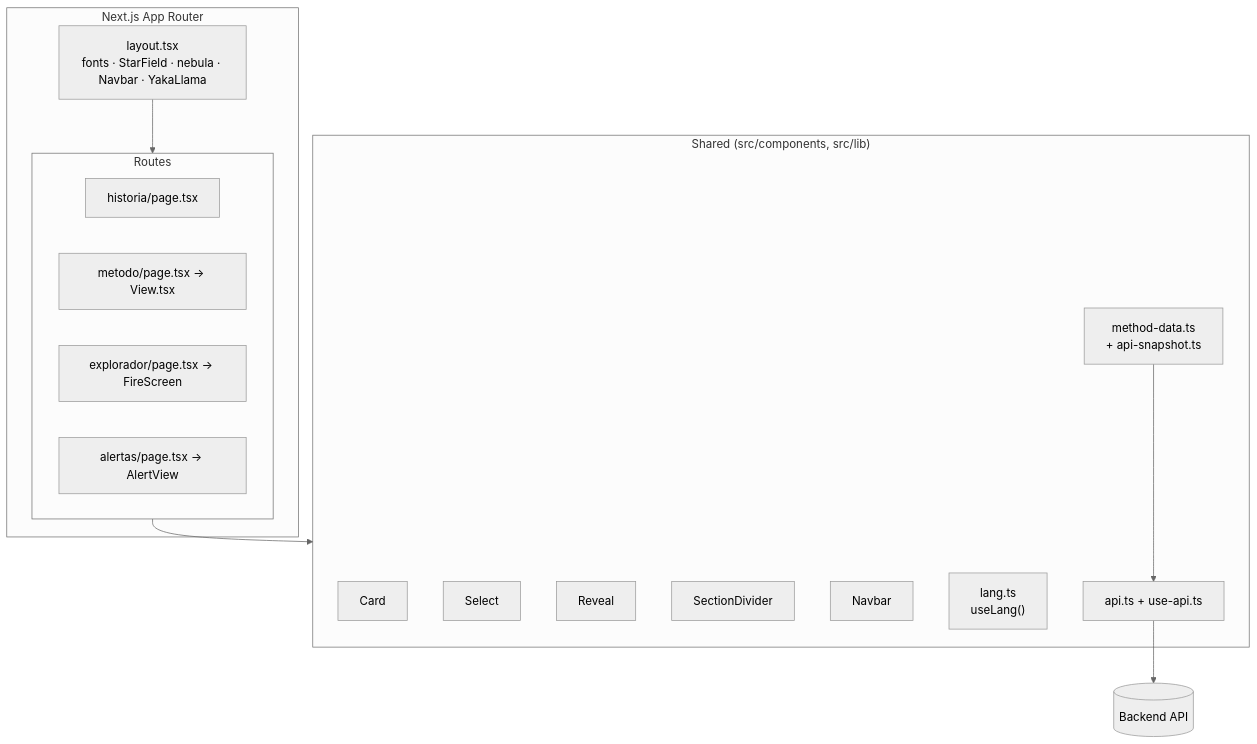
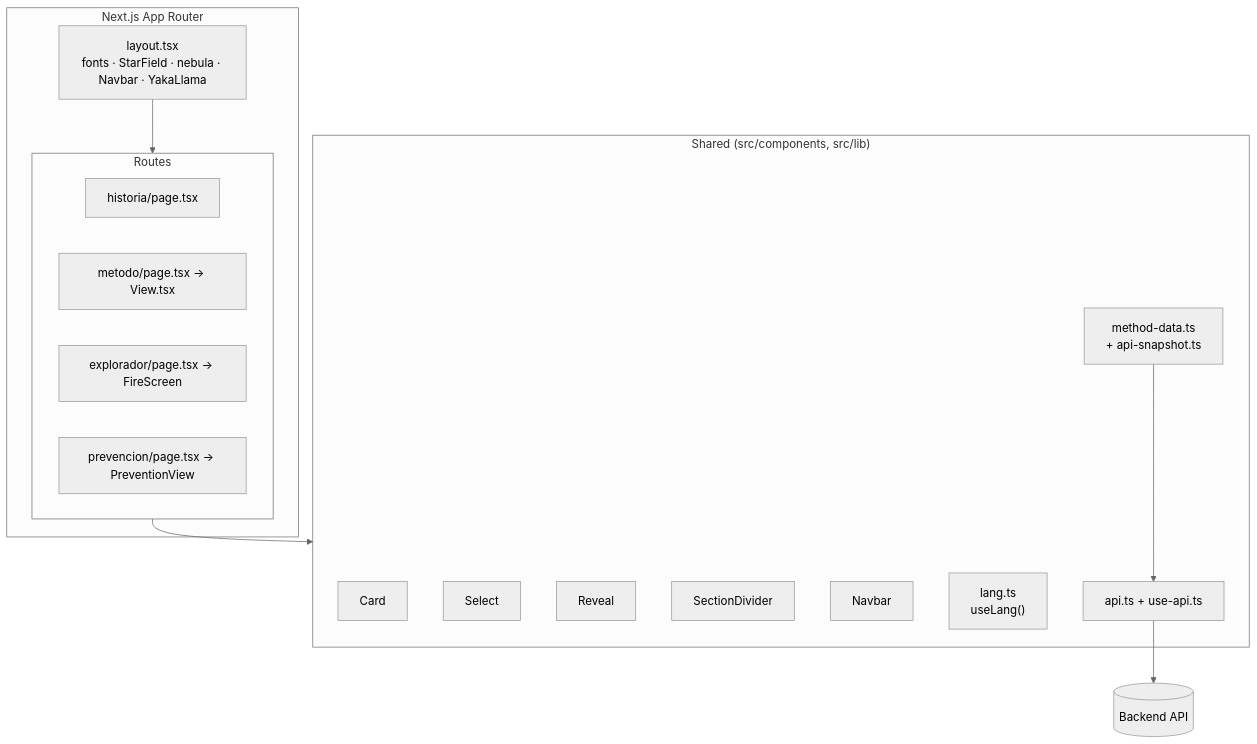
The sixth of 9 diagrams in frontend/README.md (SebasHuaypar/Yakanas-NASA), drawn with Mermaid (neutral theme) before and after one commit. The commit also changed other lines of this file and 19 other files, not shown here.

First line of the commit message:
feat(frontend): pagina de prevencion (lugares, vista de campo y temporada) en lugar de alertas

````diff
--- a/frontend/README.md
+++ b/frontend/README.md
@@ -177,22 +244,22 @@
 ```mermaid
 flowchart TB
     subgraph Next["Next.js App Router"]
       L["layout.tsx<br/>fonts · StarField · nebula · Navbar · YakaLlama"]
       subgraph Routes
         R1["historia/page.tsx"]
         R2["metodo/page.tsx → View.tsx"]
         R3["explorador/page.tsx → FireScreen"]
-        R4["alertas/page.tsx → AlertView"]
+        R4["prevencion/page.tsx → PreventionView"]
       end
     end
     subgraph Shared["Shared (src/components, src/lib)"]
       Card; Select; Reveal; SectionDivider; Navbar
       LANG["lang.ts<br/>useLang()"]
       API["api.ts + use-api.ts"]
       MD["method-data.ts<br/>+ api-snapshot.ts"]
     end
     L --> Routes
     Routes --> Shared
     API --> BE[(Backend API)]
     MD --> API
 ```
````
